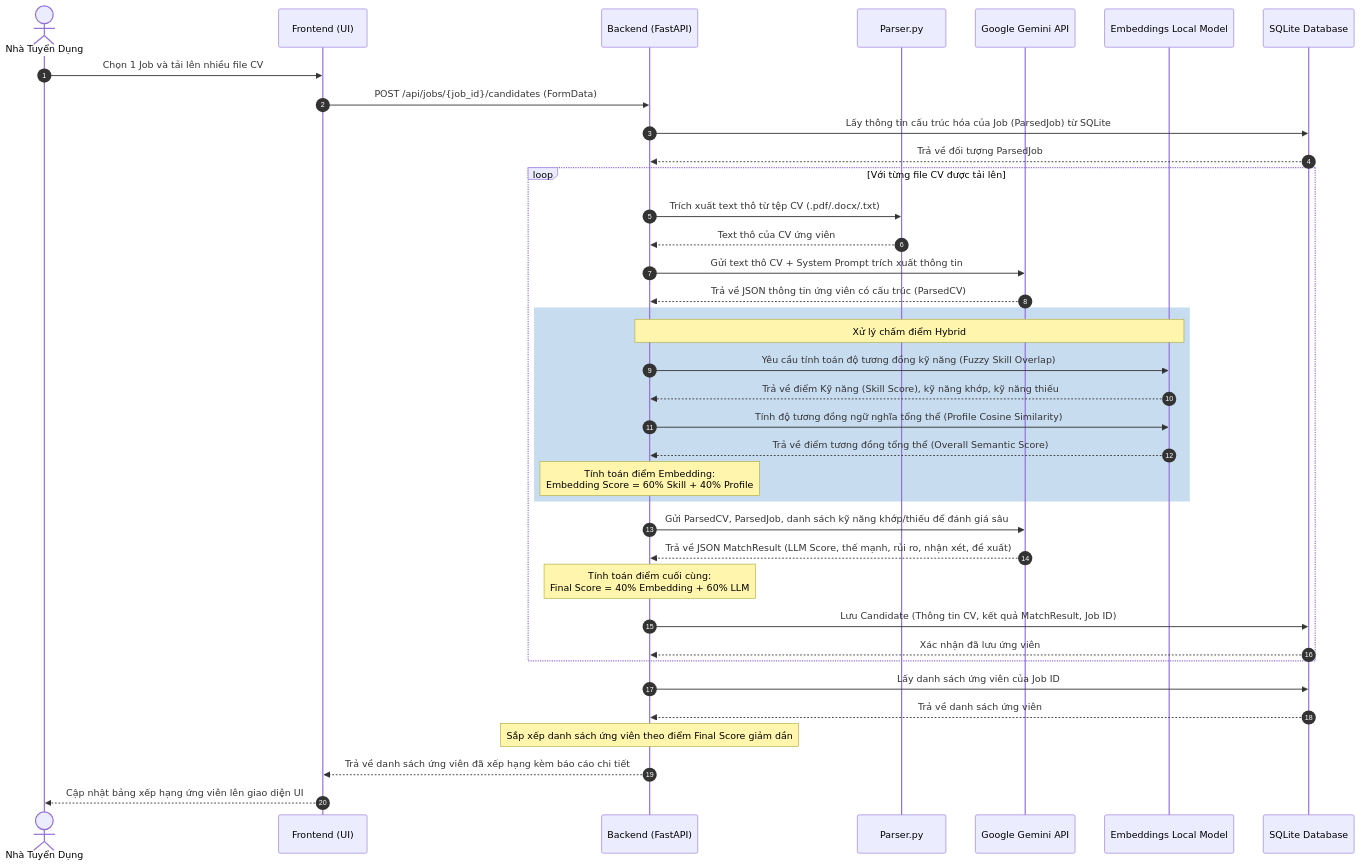
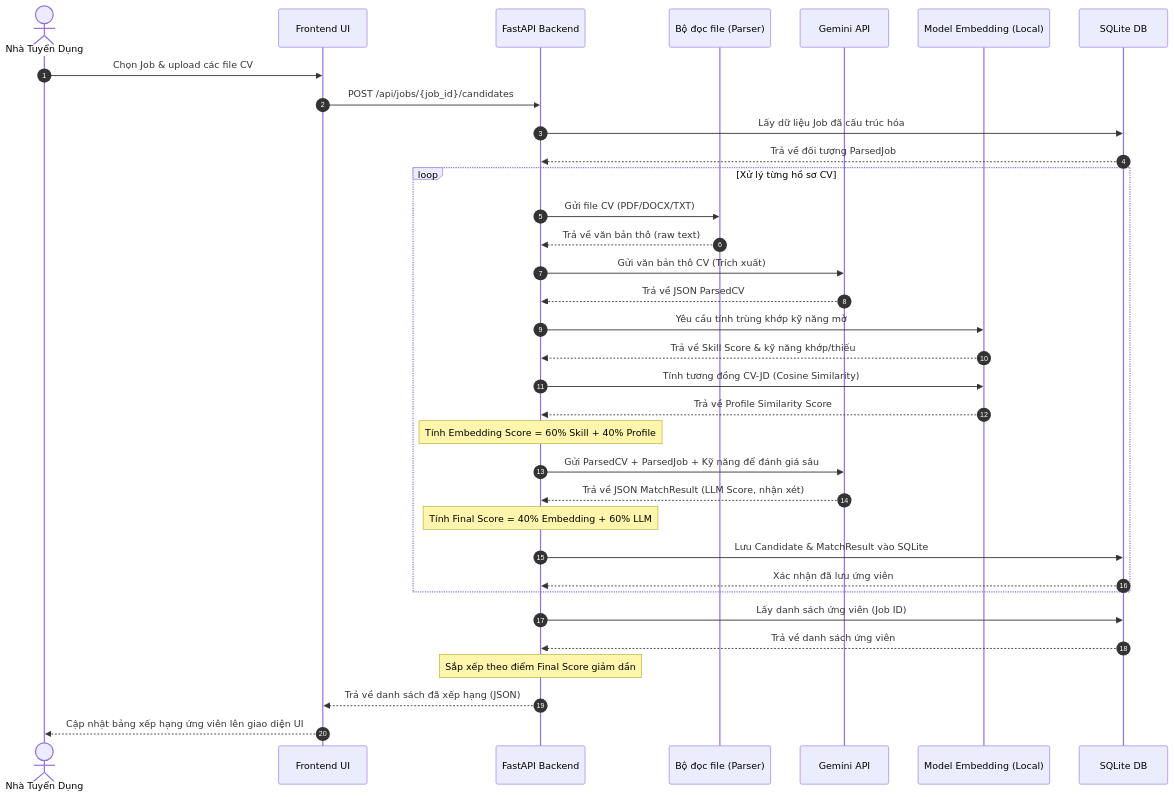
The third of 4 diagrams in ANALYSIS.md (hanhCR7/CV-Matcher), drawn with Mermaid before and after one commit.

````diff
--- a/ANALYSIS.md
+++ b/ANALYSIS.md
@@ -161,45 +161,48 @@
 ```mermaid
 sequenceDiagram
     autonumber
-    actor Recruiter as Nhà Tuyển Dụng
-    participant FE as Frontend (UI)
-    participant BE as Backend (FastAPI)
-    participant parser as Parser.py
-    participant LLM as Google Gemini API
-    participant EMB as Embeddings Local Model
-    participant DB as SQLite Database
+    actor HR as Nhà Tuyển Dụng
+    participant FE as Frontend UI
+    participant BE as FastAPI Backend
+    participant Parser as Bộ đọc file (Parser)
+    participant Gemini as Gemini API
+    participant LocalModel as Model Embedding (Local)
+    participant DB as SQLite DB
 
-    Recruiter->>FE: Chọn 1 Job và tải lên nhiều file CV
-    FE->>BE: POST /api/jobs/{job_id}/candidates (FormData)
-    BE->>DB: Lấy thông tin cấu trúc hóa của Job (ParsedJob) từ SQLite
+    HR->>FE: Chọn Job & upload các file CV
+    FE->>BE: POST /api/jobs/{job_id}/candidates
+    BE->>DB: Lấy dữ liệu Job đã cấu trúc hóa
     DB-->>BE: Trả về đối tượng ParsedJob
     
-    loop Với từng file CV được tải lên
-        BE->>parser: Trích xuất text thô từ tệp CV (.pdf/.docx/.txt)
-        parser-->>BE: Text thô của CV ứng viên
-        BE->>LLM: Gửi text thô CV + System Prompt trích xuất thông tin
-        LLM-->>BE: Trả về JSON thông tin ứng viên có cấu trúc (ParsedCV)
+    loop Xử lý từng hồ sơ CV
+        BE->>Parser: Gửi file CV (PDF/DOCX/TXT)
+        Parser-->>BE: Trả về văn bản thô (raw text)
         
-        rect rgb(200, 220, 240)
-            Note over BE, EMB: Xử lý chấm điểm Hybrid
-            BE->>EMB: Yêu cầu tính toán độ tương đồng kỹ năng (Fuzzy Skill Overlap)
-            EMB-->>BE: Trả về điểm Kỹ năng (Skill Score), kỹ năng khớp, kỹ năng thiếu
-            BE->>EMB: Tính độ tương đồng ngữ nghĩa tổng thể (Profile Cosine Similarity)
-            EMB-->>BE: Trả về điểm tương đồng tổng thể (Overall Semantic Score)
-            Note over BE: Tính toán điểm Embedding:<br/>Embedding Score = 60% Skill + 40% Profile
-        end
+        BE->>Gemini: Gửi văn bản thô CV (Trích xuất)
+        Gemini-->>BE: Trả về JSON ParsedCV
         
-        BE->>LLM: Gửi ParsedCV, ParsedJob, danh sách kỹ năng khớp/thiếu để đánh giá sâu
-        LLM-->>BE: Trả về JSON MatchResult (LLM Score, thế mạnh, rủi ro, nhận xét, đề xuất)
+        BE->>LocalModel: Yêu cầu tính trùng khớp kỹ năng mờ
+        LocalModel-->>BE: Trả về Skill Score & kỹ năng khớp/thiếu
         
-        Note over BE: Tính toán điểm cuối cùng:<br/>Final Score = 40% Embedding + 60% LLM
-        BE->>DB: Lưu Candidate (Thông tin CV, kết quả MatchResult, Job ID)
+        BE->>LocalModel: Tính tương đồng CV-JD (Cosine Similarity)
+        LocalModel-->>BE: Trả về Profile Similarity Score
+        
+        Note over BE: Tính Embedding Score = 60% Skill + 40% Profile
+        
+        BE->>Gemini: Gửi ParsedCV + ParsedJob + Kỹ năng để đánh giá sâu
+        Gemini-->>BE: Trả về JSON MatchResult (LLM Score, nhận xét)
+        
+        Note over BE: Tính Final Score = 40% Embedding + 60% LLM
+        
+        BE->>DB: Lưu Candidate & MatchResult vào SQLite
         DB-->>BE: Xác nhận đã lưu ứng viên
     end
     
-    BE->>DB: Lấy danh sách ứng viên của Job ID
+    BE->>DB: Lấy danh sách ứng viên (Job ID)
     DB-->>BE: Trả về danh sách ứng viên
-    Note over BE: Sắp xếp danh sách ứng viên theo điểm Final Score giảm dần
-    BE-->>FE: Trả về danh sách ứng viên đã xếp hạng kèm báo cáo chi tiết
-    FE-->>Recruiter: Cập nhật bảng xếp hạng ứng viên lên giao diện UI
+    
+    Note over BE: Sắp xếp theo điểm Final Score giảm dần
+    
+    BE-->>FE: Trả về danh sách đã xếp hạng (JSON)
+    FE-->>HR: Cập nhật bảng xếp hạng ứng viên lên giao diện UI
 ```
````
